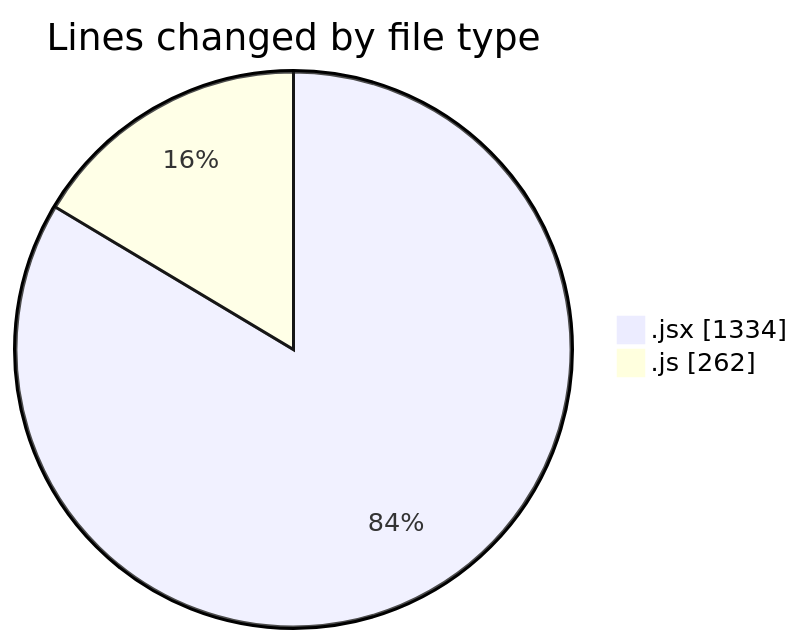
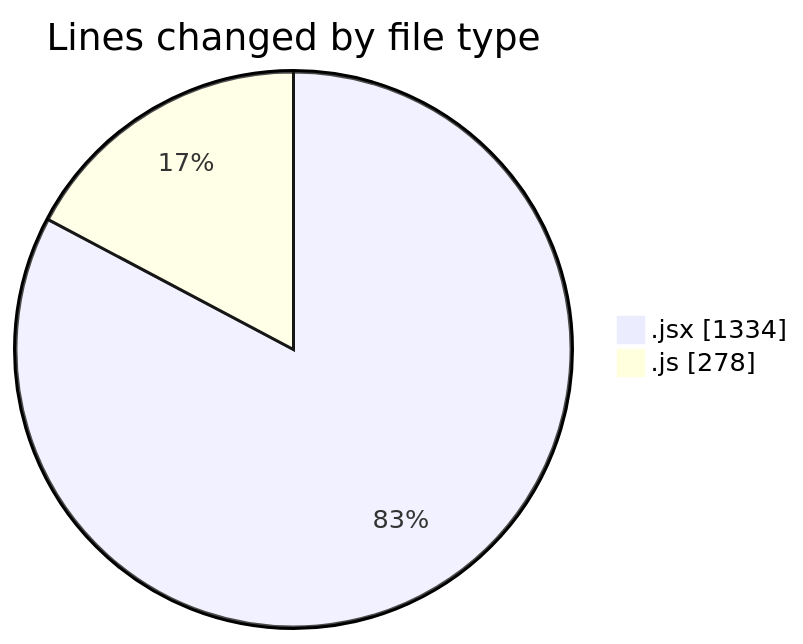
One commit to nxtqubesakshisongat/code-tracking changed the first of 2 diagrams in 2025-11-17/argos/README.md. Above: the diagram before and after it, drawn with Mermaid. The commit also changed other lines of this file and 1 other file, not shown here.

````diff
--- a/2025-11-17/argos/README.md
+++ b/2025-11-17/argos/README.md
@@ -21,6 +21,6 @@
 ```mermaid
 pie showData
 title Lines changed by file type
 ".jsx" : 1334
-".js" : 262
+".js" : 278
 ```
````
